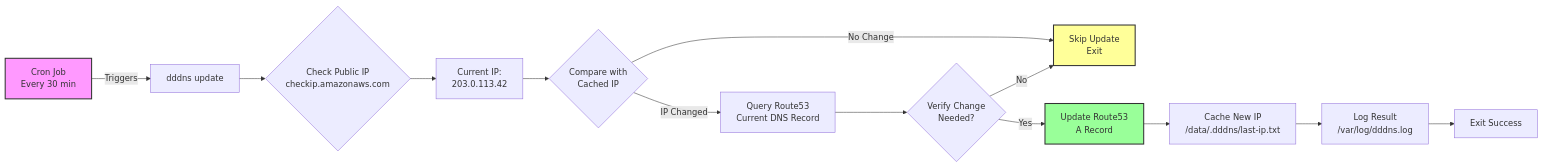
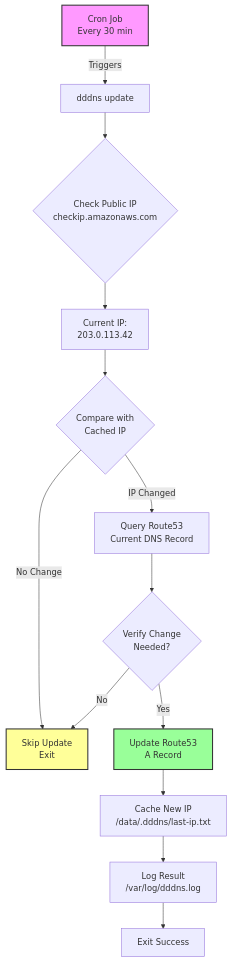
One commit to descoped/dddns changed the diagram in README.md. Above: the diagram before and after it, drawn with Mermaid. The commit also changed other lines of this file, not shown here.

Commit message:
docs: improve mermaid diagram layout and simplify cost tip

````diff
--- a/README.md
+++ b/README.md
@@ -98,19 +98,21 @@
 ```mermaid
-graph LR
+graph TB
     A[Cron Job<br/>Every 30 min] -->|Triggers| B[dddns update]
     B --> C{Check Public IP<br/>checkip.amazonaws.com}
     C --> D[Current IP:<br/>203.0.113.42]
+
     D --> E{Compare with<br/>Cached IP}
+    E -->|No Change| G[Skip Update<br/>Exit]
     E -->|IP Changed| F[Query Route53<br/>Current DNS Record]
-    E -->|No Change| G[Skip Update<br/>Exit]
+
     F --> H{Verify Change<br/>Needed?}
+    H -->|No| G
     H -->|Yes| I[Update Route53<br/>A Record]
-    H -->|No| G
     I --> J[Cache New IP<br/>/data/.dddns/last-ip.txt]
     J --> K[Log Result<br/>/var/log/dddns.log]
     K --> L[Exit Success]
 
     style A fill:#f9f,stroke:#333,stroke-width:2px
     style I fill:#9f9,stroke:#333,stroke-width:2px
     style G fill:#ff9,stroke:#333,stroke-width:2px
 ```
````
